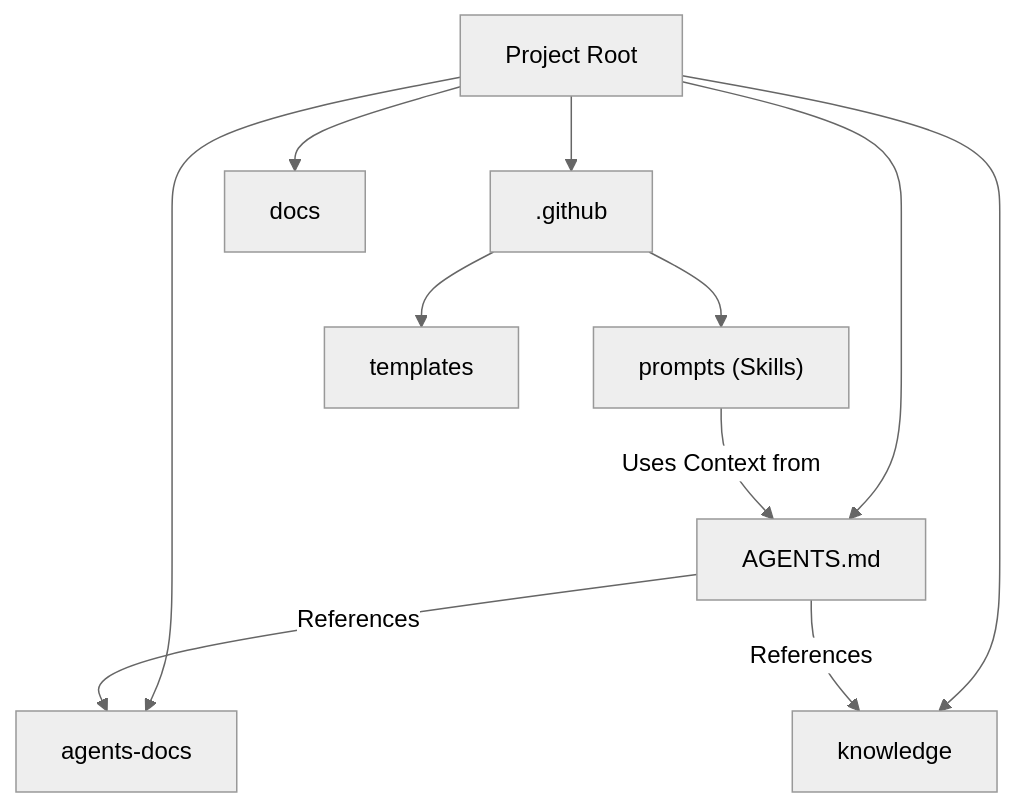
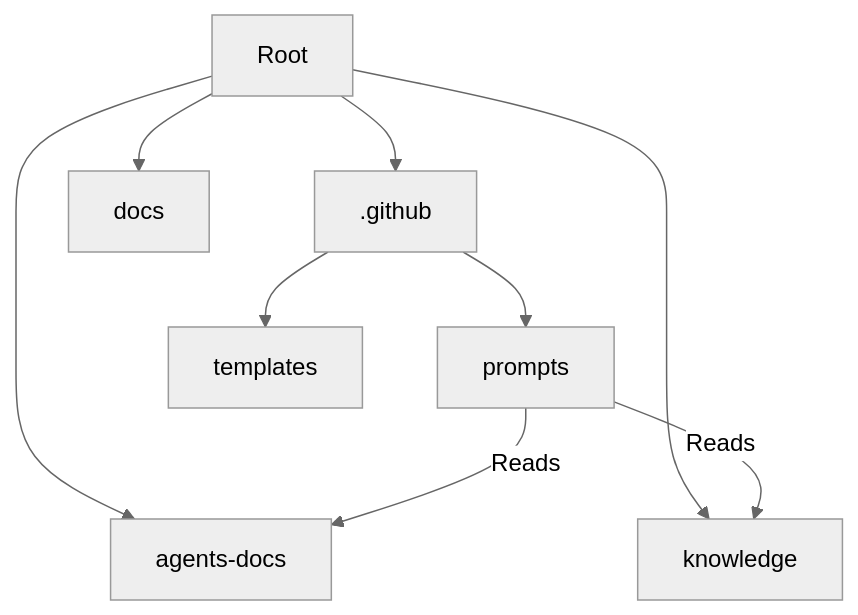
The diagram in agents-docs/directory-structure.md (LongbowXXX/terraformer), drawn with Mermaid (neutral theme) before and after one commit. The commit also changed other lines of this file and 7 other files, not shown here.

Commit message:
feat: add initial agent documentation covering architecture, conventions, and operational guidelines.

````diff
--- a/agents-docs/directory-structure.md
+++ b/agents-docs/directory-structure.md
@@ -50,15 +56,13 @@
 ```mermaid
 graph TD
-    Root[Project Root] --> Github[".github"]
+    Root[Root] --> Github[.github]
     Root --> AgentsDocs[agents-docs]
     Root --> Knowledge[knowledge]
     Root --> Docs[docs]
-    Root --> AgentsMD[AGENTS.md]
 
-    Github --> Prompts["prompts (Skills)"]
+    Github --> Prompts[prompts]
     Github --> Templates[templates]
 
-    AgentsMD -->|References| AgentsDocs
-    AgentsMD -->|References| Knowledge
-    Prompts -->|Uses Context from| AgentsMD
+    Prompts -->|Reads| AgentsDocs
+    Prompts -->|Reads| Knowledge
 ```
````
